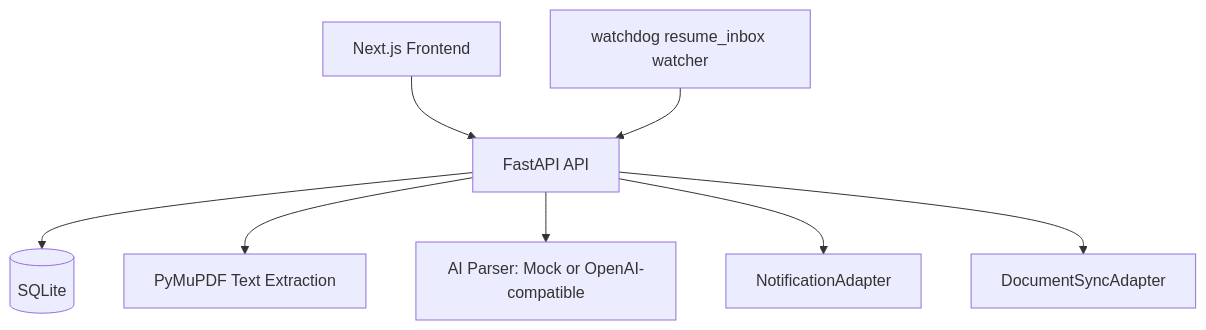
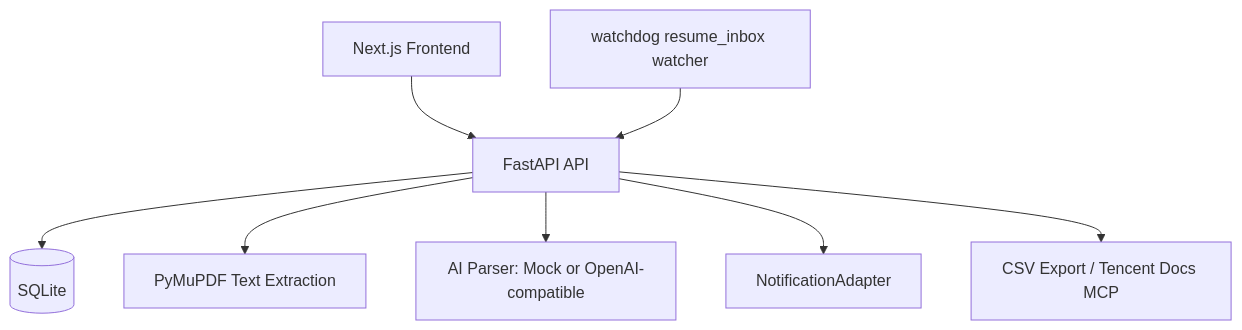
One commit to whencookeysleep/recruitflow-ai changed the first of 2 diagrams in recruitflow-ai/docs/architecture.md. Above: the diagram before and after it, drawn with Mermaid. The commit also changed 114 other files, not shown here.

````diff
--- a/recruitflow-ai/docs/architecture.md
+++ b/recruitflow-ai/docs/architecture.md
@@ -3,10 +3,10 @@
 ```mermaid
 flowchart TB
   UI["Next.js Frontend"] --> API["FastAPI API"]
   API --> DB[("SQLite")]
   API --> PDF["PyMuPDF Text Extraction"]
   API --> AI["AI Parser: Mock or OpenAI-compatible"]
   API --> Notify["NotificationAdapter"]
-  API --> Sync["DocumentSyncAdapter"]
+  API --> Sync["CSV Export / Tencent Docs MCP"]
   Watcher["watchdog resume_inbox watcher"] --> API
 ```
````
